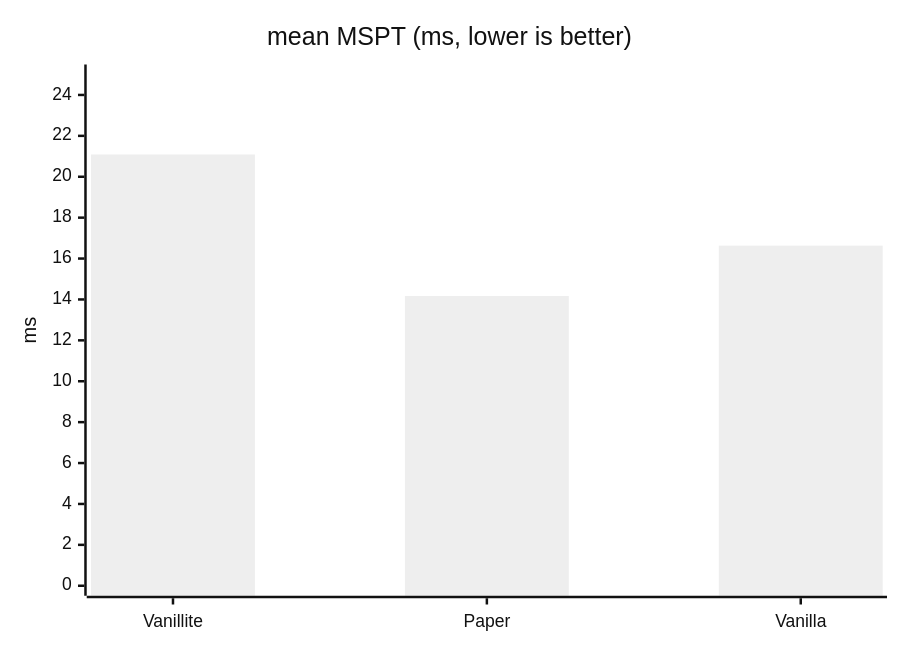
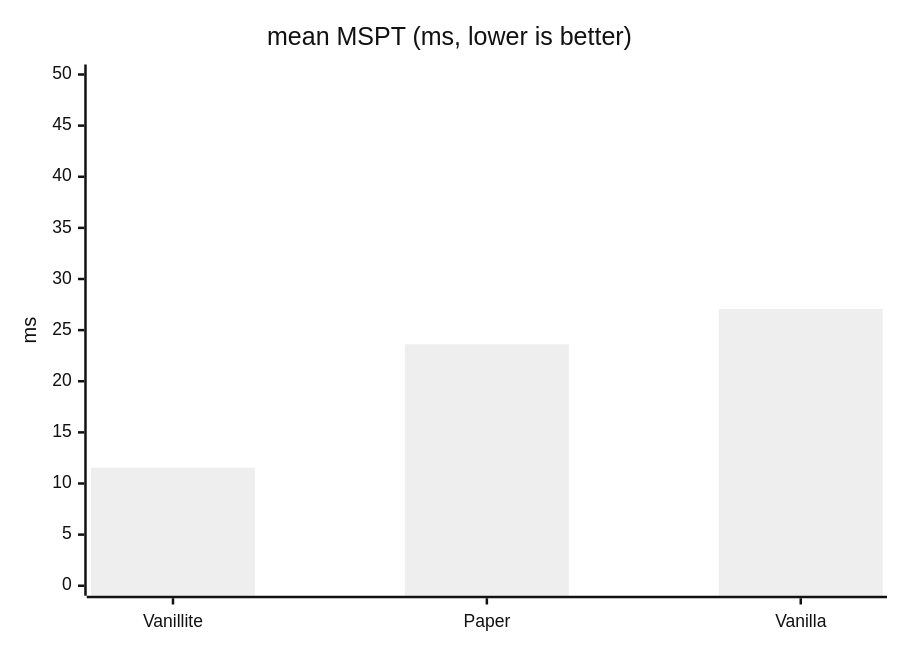
One commit to hthoene/Vanillite changed the second of 15 diagrams in benchmarks/README.md. Above: the diagram before and after it, drawn with Mermaid (neutral theme). The commit also changed other lines of this file and 6 other files, not shown here.

````diff
--- a/benchmarks/README.md
+++ b/benchmarks/README.md
@@ -94,7 +102,7 @@
 ```mermaid
 xychart-beta
     title "mean MSPT (ms, lower is better)"
     x-axis ["Vanillite", "Paper", "Vanilla"]
-    y-axis "ms" 0 --> 25
-    bar [21.09, 14.17, 16.63]
+    y-axis "ms" 0 --> 50
+    bar [11.54, 23.62, 27.07]
 ```
````
